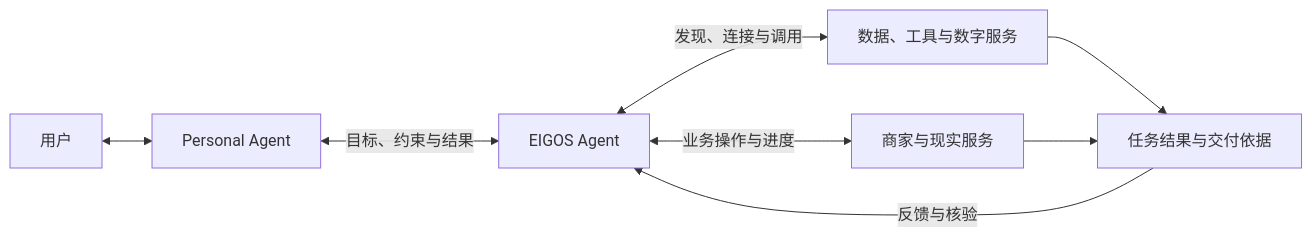
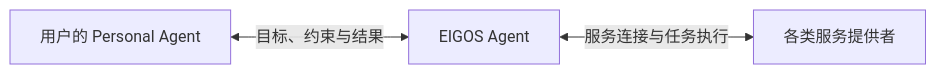
One commit to proerror77/eigos changed the diagram in README.md. Above: the diagram before and after it, drawn with Mermaid. The commit also changed other lines of this file and 1 other file, not shown here.

````diff
--- a/README.md
+++ b/README.md
@@ -34,10 +11,5 @@
 ```mermaid
 flowchart LR
-    U[用户] <--> P[Personal Agent]
-    P <-->|目标、约束与结果| E[EIGOS Agent]
-    E <-->|发现、连接与调用| S[数据、工具与数字服务]
-    E <-->|业务操作与进度| B[商家与现实服务]
-    S --> R[任务结果与交付依据]
-    B --> R
-    R -->|反馈与核验| E
+    P[用户的 Personal Agent] <-->|目标、约束与结果| E[EIGOS Agent]
+    E <-->|服务连接与任务执行| S[各类服务提供者]
 ```
````
